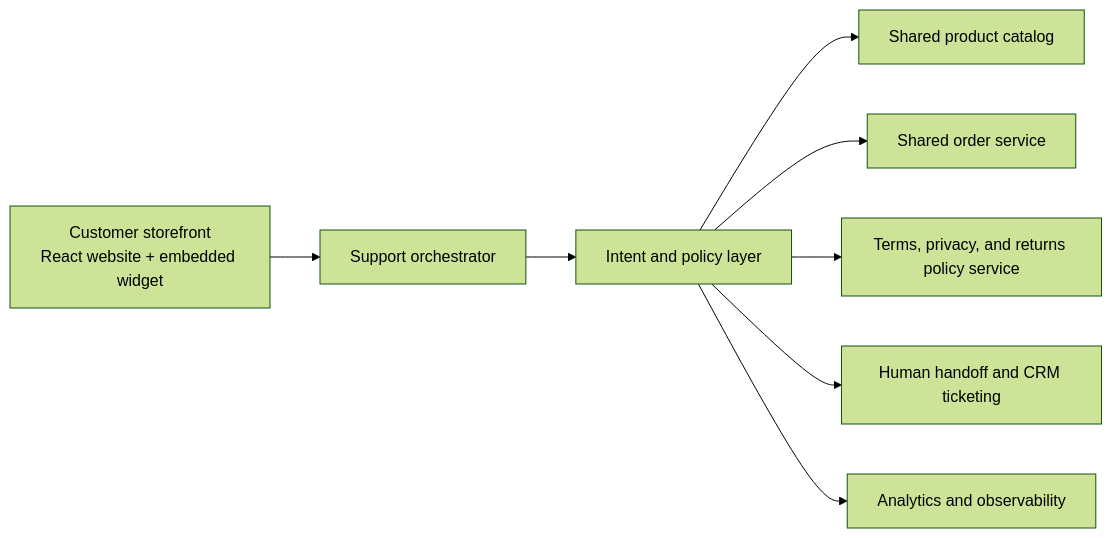
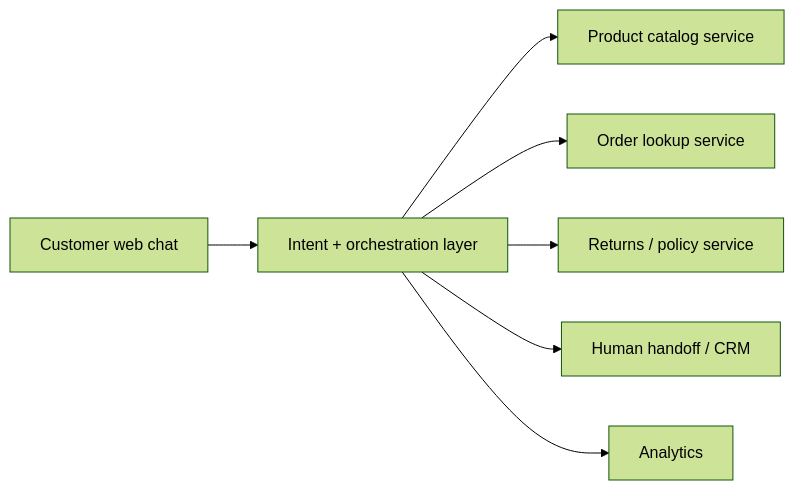
Before and after one commit to Abdullatif-Eida/AI-eng-chat-test: the first of 2 diagrams in docs/solution-design.md, drawn with Mermaid (forest theme). The commit also changed other lines of this file and 19 other files, not shown here.

````diff
--- a/docs/solution-design.md
+++ b/docs/solution-design.md
@@ -16,10 +16,9 @@
 ```mermaid
 flowchart LR
-    A["Customer storefront\nReact website + embedded widget"] --> B["Support orchestrator"]
-    B --> C["Intent and policy layer"]
-    C --> D["Shared product catalog"]
-    C --> E["Shared order service"]
-    C --> F["Terms, privacy, and returns policy service"]
-    C --> G["Human handoff and CRM ticketing"]
-    C --> H["Analytics and observability"]
+    A["Customer web chat"] --> B["Intent + orchestration layer"]
+    B --> C["Product catalog service"]
+    B --> D["Order lookup service"]
+    B --> E["Returns / policy service"]
+    B --> F["Human handoff / CRM"]
+    B --> G["Analytics"]
 ```
````
